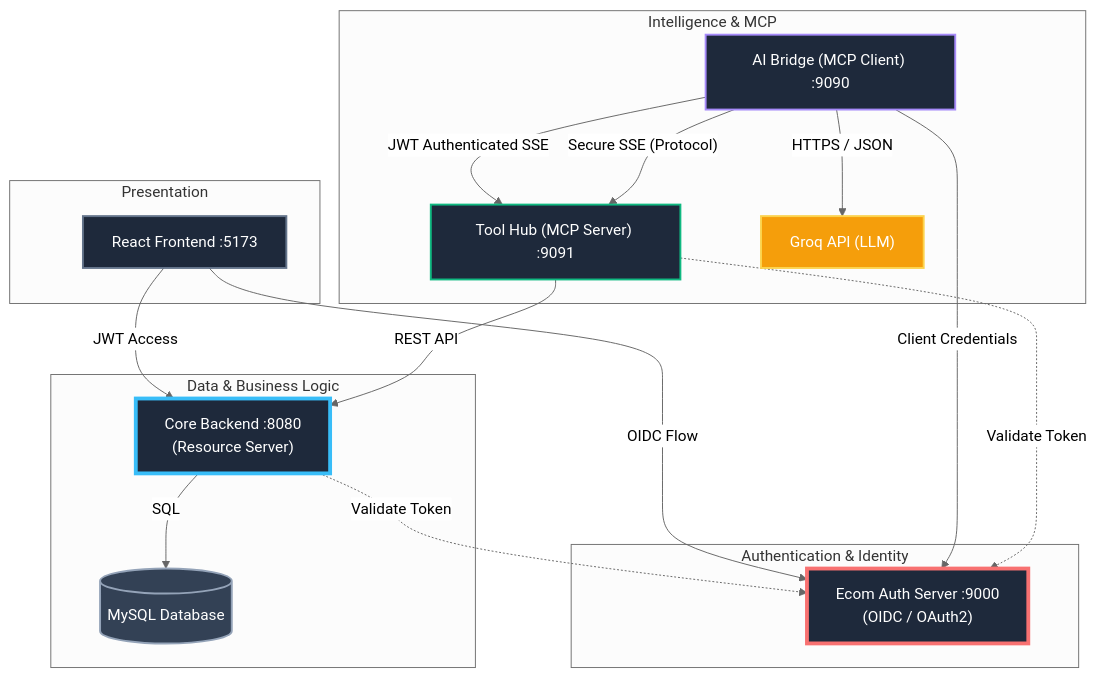
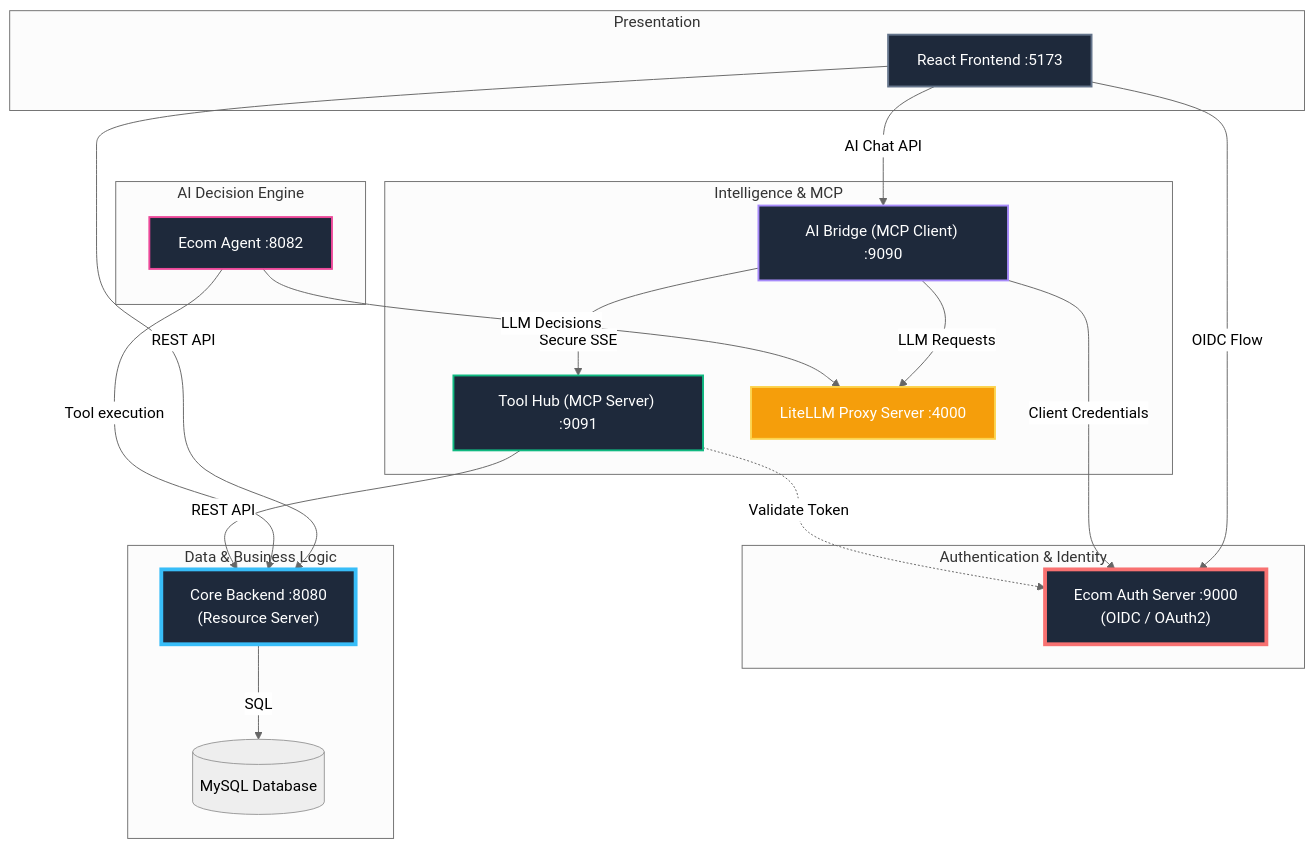
The diagram in README.md (malcolm-cephas/Ecom_demo), drawn with Mermaid (neutral theme) before and after one commit. The commit also changed other lines of this file and 9 other files, not shown here.

````diff
--- a/README.md
+++ b/README.md
@@ -10,48 +10,50 @@
 ```mermaid
 graph TD
     subgraph Frontend_Layer [Presentation]
         React[React Frontend :5173]
     end
 
     subgraph Security_Layer [Authentication & Identity]
         AuthSrv["Ecom Auth Server :9000<br/>(OIDC / OAuth2)"]
     end
 
+    subgraph Autonomous_Layer [AI Decision Engine]
+        Agent["Ecom Agent :8082"]
+    end
+
     subgraph AI_Layer [Intelligence & MCP]
         MCP_Client["AI Bridge (MCP Client) :9090"]
         MCP_Server["Tool Hub (MCP Server) :9091"]
-        Groq["Groq API (LLM)"]
+        LiteLLM["LiteLLM Proxy Server :4000"]
     end
 
     subgraph Core_Layer [Data & Business Logic]
         SB["Core Backend :8080<br/>(Resource Server)"]
         DB[("MySQL Database")]
     end
 
-    %% Security Connections
+    %% Connections
     React -- "OIDC Flow" --> AuthSrv
+    React -- "REST API" --> SB
+    React -- "AI Chat API" --> MCP_Client
+    
     MCP_Client -- "Client Credentials" --> AuthSrv
+    MCP_Client -- "Secure SSE" --> MCP_Server
+    MCP_Client -- "LLM Requests" --> LiteLLM
     
-    %% Service Authentication
-    React -- "JWT Access" --> SB
-    MCP_Client -- "JWT Authenticated SSE" --> MCP_Server
+    Agent -- "Tool execution" --> SB
+    Agent -- "LLM Decisions" --> LiteLLM
     
-    %% Target Validation Logic
-    SB -. "Validate Token" .-> AuthSrv
     MCP_Server -. "Validate Token" .-> AuthSrv
-    MCP_Server -- REST API --> SB
-    SB -- SQL --> DB
-    
-    %% AI & Protocol Connections
-    MCP_Client -- "Secure SSE (Protocol)" --> MCP_Server
-    MCP_Client -- "HTTPS / JSON" --> Groq
+    MCP_Server -- "REST API" --> SB
+    SB -- "SQL" --> DB
 
     %% Styling
     style AuthSrv fill:#1e293b,stroke:#f87171,stroke-width:4px,color:#fff
     style SB fill:#1e293b,stroke:#38bdf8,stroke-width:4px,color:#fff
     style MCP_Server fill:#1e293b,stroke:#10b981,stroke-width:2px,color:#fff
     style MCP_Client fill:#1e293b,stroke:#a78bfa,stroke-width:2px,color:#fff
+    style Agent fill:#1e293b,stroke:#ec4899,stroke-width:2px,color:#fff
     style React fill:#1e293b,stroke:#64748b,stroke-width:2px,color:#fff
-    style Groq fill:#f59e0b,stroke:#fcd34d,stroke-width:2px,color:#fff
-    style DB fill:#334155,stroke:#94a3b8,stroke-width:2px,color:#fff
+    style LiteLLM fill:#f59e0b,stroke:#fcd34d,stroke-width:2px,color:#fff
 ```
````
